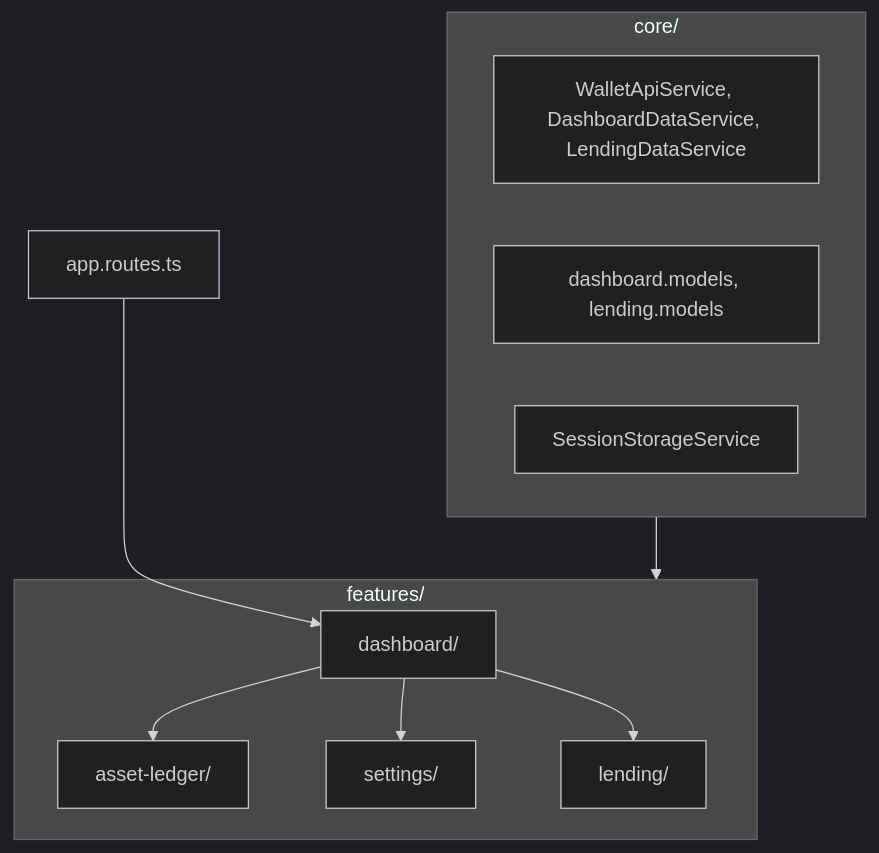
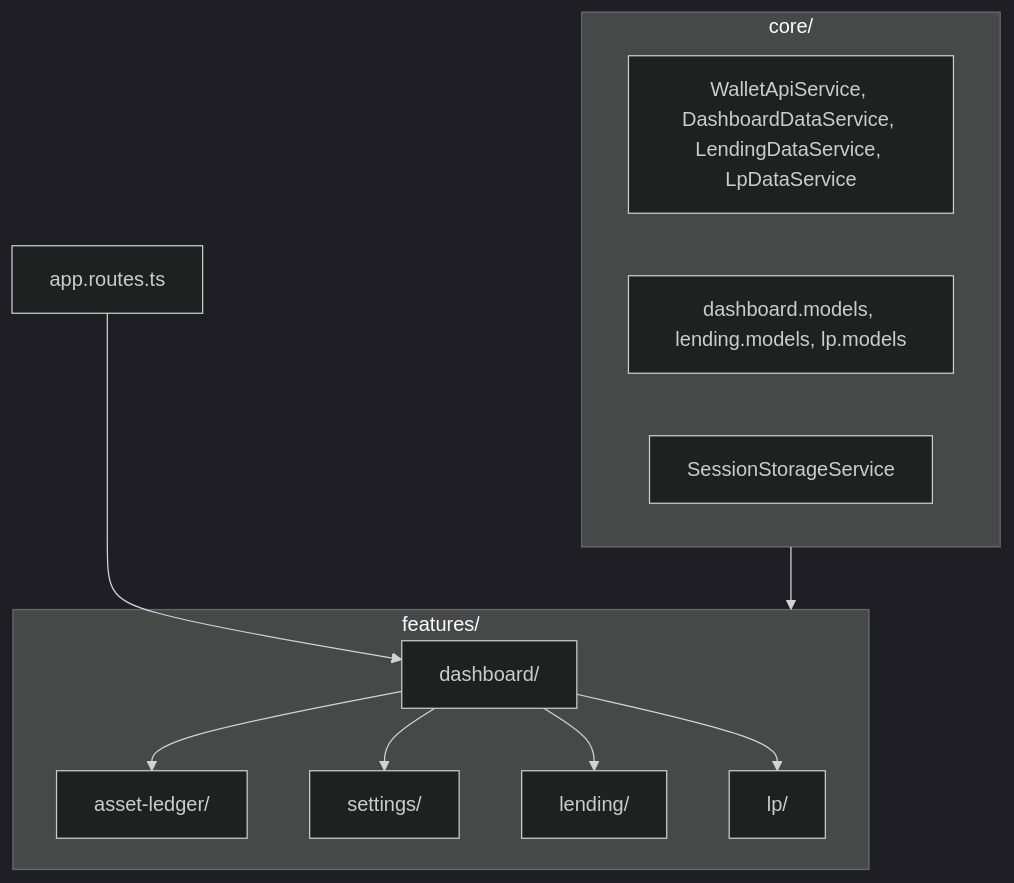
Before and after one commit to Volad/wallet-radar: the diagram in docs/frontend/README.md, drawn with Mermaid (dark theme). The commit also changed other lines of this file and 107 other files, not shown here.

````diff
--- a/docs/frontend/README.md
+++ b/docs/frontend/README.md
@@ -8,19 +8,21 @@
 ```mermaid
 flowchart TB
   subgraph core [core/]
-    Services[WalletApiService, DashboardDataService, LendingDataService]
-    Models[dashboard.models, lending.models]
+    Services[WalletApiService, DashboardDataService, LendingDataService, LpDataService]
+    Models[dashboard.models, lending.models, lp.models]
     Storage[SessionStorageService]
   end
   subgraph features [features/]
     Dashboard[dashboard/]
     AssetLedger[asset-ledger/]
     Settings[settings/]
     Lending[lending/]
+    Lp[lp/]
   end
   AppRoutes[app.routes.ts] --> Dashboard
   Dashboard --> AssetLedger
   Dashboard --> Settings
   Dashboard --> Lending
+  Dashboard --> Lp
   core --> features
 ```
````
